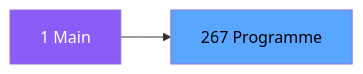
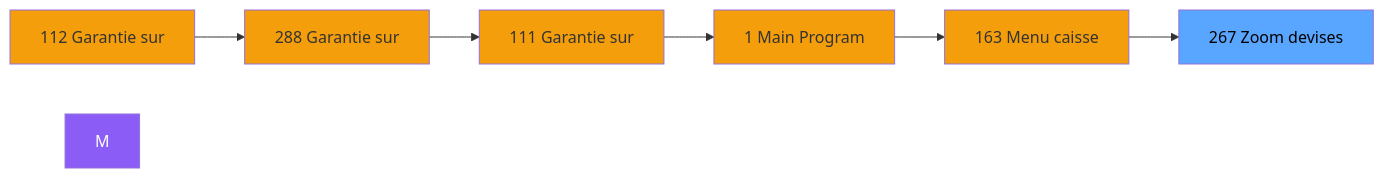
One commit to thonyAGP/magic-migration changed the second of 3 diagrams in .openspec/specs/ADH-IDE-267.md. Above: the diagram before and after it, drawn with Mermaid. The commit also changed other lines of this file and 323 other files, not shown here.

````diff
--- a/.openspec/specs/ADH-IDE-267.md
+++ b/.openspec/specs/ADH-IDE-267.md
@@ -99,8 +118,21 @@
 ```mermaid
 graph LR
-    M[1 Main]
-    T[267 Programme]
-    M --> T
+    N112[112 Garantie sur]
+    N288[288 Garantie sur]
+    N111[111 Garantie sur]
+    N1[1 Main Program]
+    N163[163 Menu caisse ]
+    T[267 Zoom devises]
+    N112 --> N288
+    N288 --> N111
+    N111 --> N1
+    N1 --> N163
+    N163 --> T
     style M fill:#8b5cf6,color:#fff
+    style N112 fill:#f59e0b
+    style N288 fill:#f59e0b
+    style N111 fill:#f59e0b
+    style N1 fill:#f59e0b
+    style N163 fill:#f59e0b
     style T fill:#58a6ff,color:#000
 ```
````
